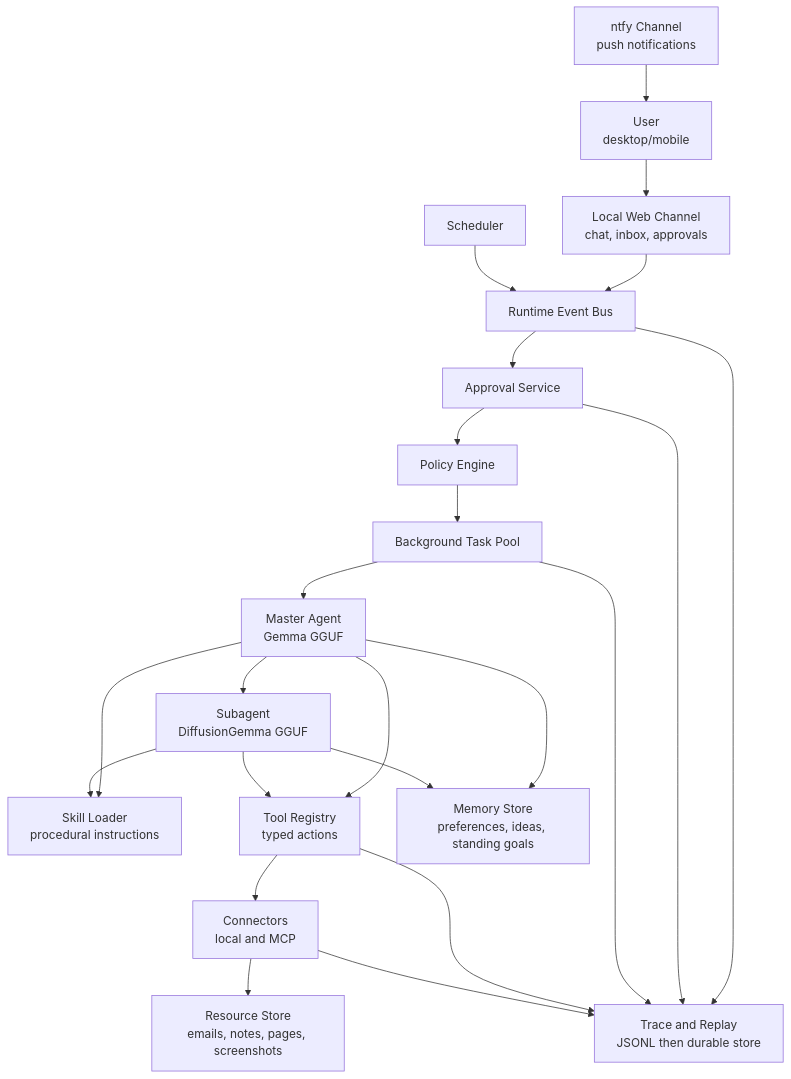
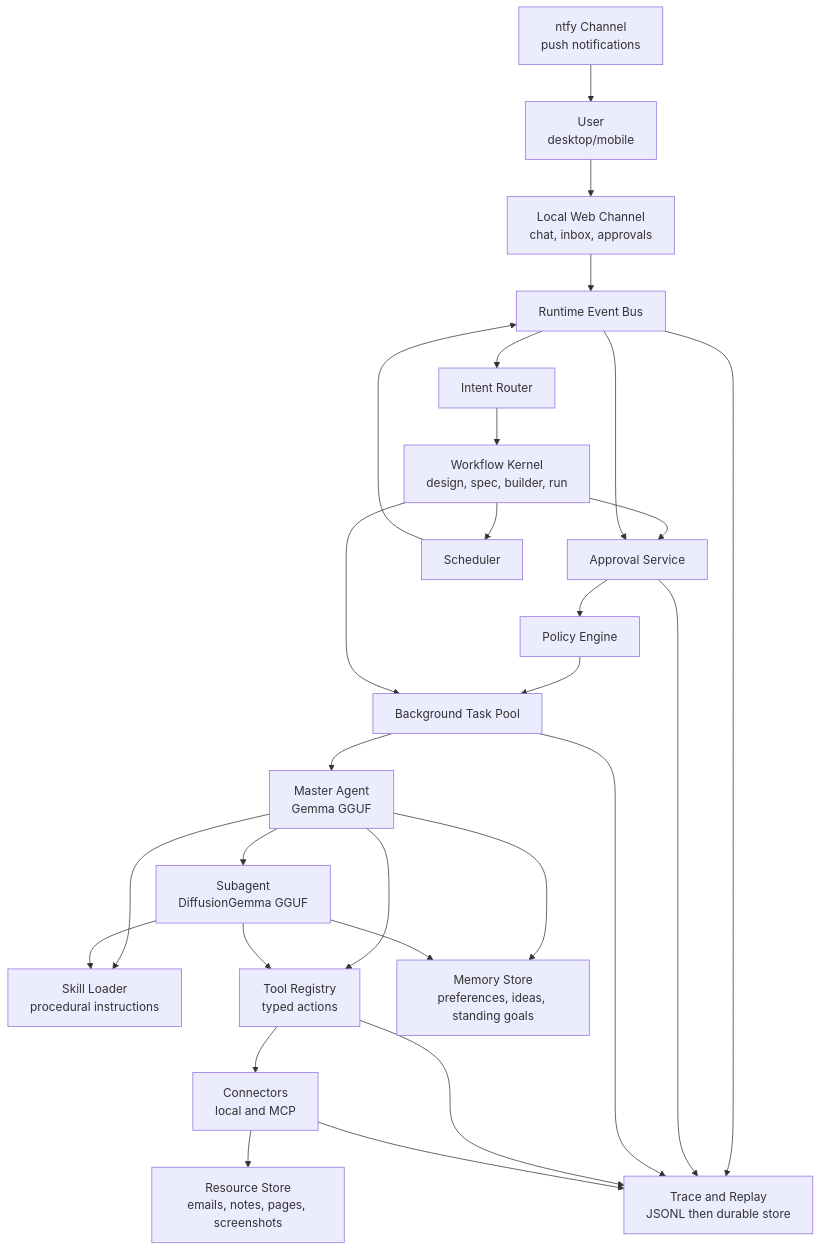
The first of 7 diagrams in docs/architecture.md (crazymi/agentic), drawn with Mermaid before and after one commit. The commit also changed other lines of this file and 26 other files, not shown here.

Commit message:
Add workflow kernel UI and docs

````diff
--- a/docs/architecture.md
+++ b/docs/architecture.md
@@ -13,42 +13,49 @@
 ```mermaid
 flowchart TD
     User["User<br/>desktop/mobile"]
     Web["Local Web Channel<br/>chat, inbox, approvals"]
     Ntfy["ntfy Channel<br/>push notifications"]
     EventBus["Runtime Event Bus"]
+    Intent["Intent Router"]
+    Workflow["Workflow Kernel<br/>design, spec, builder, run"]
     Approval["Approval Service"]
     Policy["Policy Engine"]
     Scheduler["Scheduler"]
     TaskPool["Background Task Pool"]
     Master["Master Agent<br/>Gemma GGUF"]
     Sub["Subagent<br/>DiffusionGemma GGUF"]
     Skills["Skill Loader<br/>procedural instructions"]
     Tools["Tool Registry<br/>typed actions"]
     Connectors["Connectors<br/>local and MCP"]
     Memory["Memory Store<br/>preferences, ideas, standing goals"]
     Resources["Resource Store<br/>emails, notes, pages, screenshots"]
     Trace["Trace and Replay<br/>JSONL then durable store"]
 
     User --> Web
     Ntfy --> User
     Web --> EventBus
+    EventBus --> Intent
+    Intent --> Workflow
+    Workflow --> Approval
     EventBus --> Approval
     Approval --> Policy
     Policy --> TaskPool
     Scheduler --> EventBus
+    Workflow --> Scheduler
+    Workflow --> TaskPool
     TaskPool --> Master
     Master --> Sub
     Master --> Skills
     Sub --> Skills
     Master --> Tools
     Sub --> Tools
     Tools --> Connectors
     Connectors --> Resources
     Master --> Memory
     Sub --> Memory
     EventBus --> Trace
     Approval --> Trace
     TaskPool --> Trace
     Tools --> Trace
     Connectors --> Trace
 ```
````
